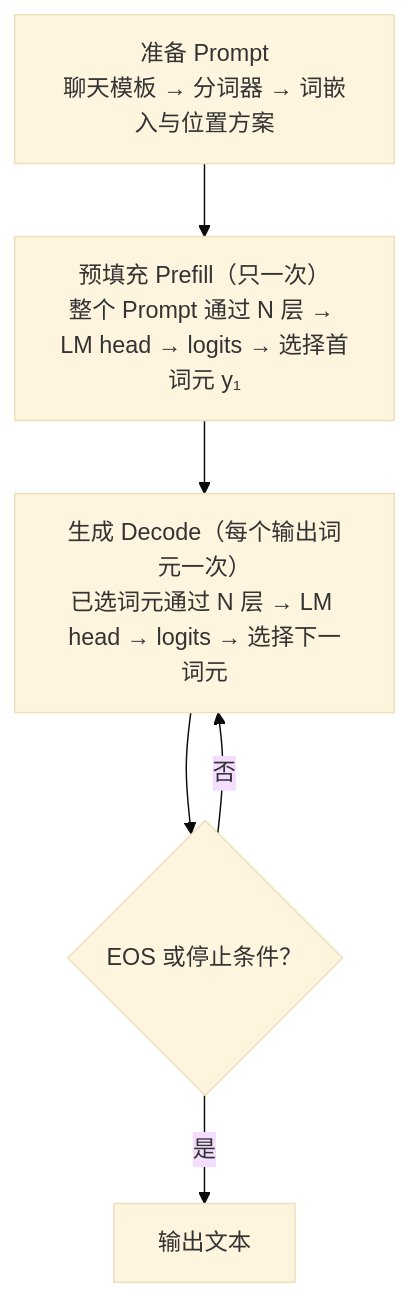
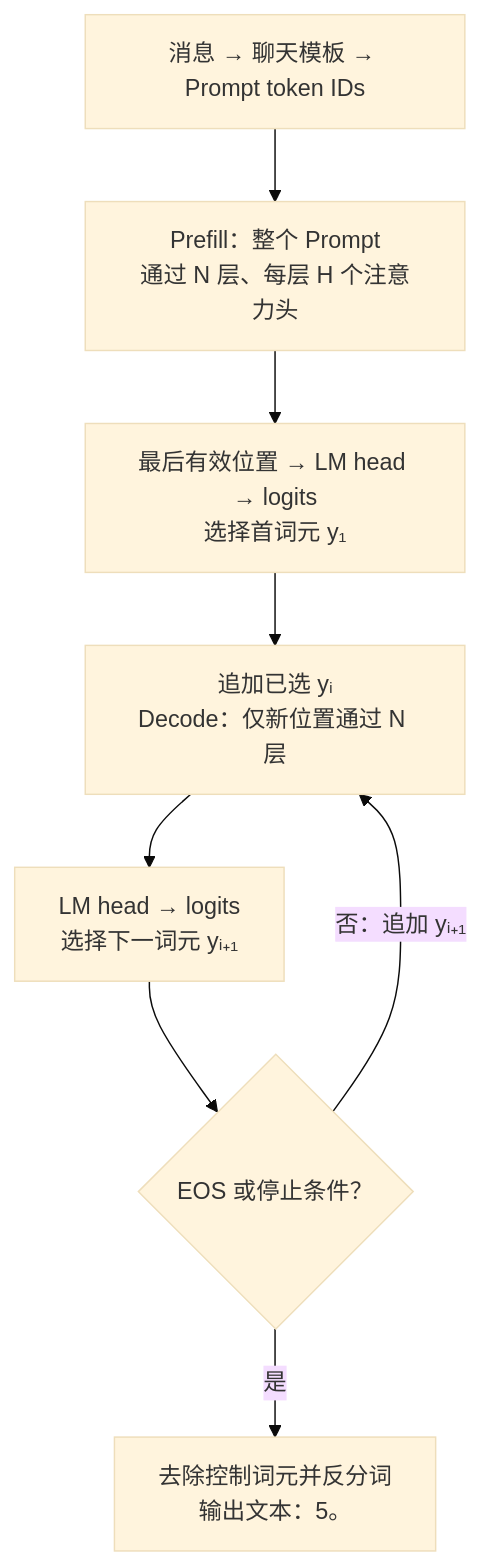
One commit to yeasy/llm_internals changed the first of 6 diagrams in 03_components/3.8_gpt_inference_flow.md. Above: the diagram before and after it, drawn with Mermaid (base theme). The commit also changed other lines of this file, not shown here.

Commit message:
docs(llm): clarify transformer inference flow

````diff
--- a/03_components/3.8_gpt_inference_flow.md
+++ b/03_components/3.8_gpt_inference_flow.md
@@ -15,9 +11,10 @@
 ```mermaid
 flowchart TB
-    prepare["准备 Prompt<br/>聊天模板 → 分词器 → 词嵌入与位置方案"]
-    prepare --> prefill["预填充 Prefill（只一次）<br/>整个 Prompt 通过 N 层 → LM head → logits → 选择首词元 y₁"]
-    prefill --> decode["生成 Decode（每个输出词元一次）<br/>已选词元通过 N 层 → LM head → logits → 选择下一词元"]
-    decode --> stop{"EOS 或停止条件？"}
-    stop -->|"否"| decode
-    stop -->|"是"| answer["输出文本"]
+    input["消息 → 聊天模板 → Prompt token IDs"] --> prefill["Prefill：整个 Prompt<br/>通过 N 层、每层 H 个注意力头"]
+    prefill --> first["最后有效位置 → LM head → logits<br/>选择首词元 y₁"]
+    first --> decode["追加已选 yᵢ<br/>Decode：仅新位置通过 N 层"]
+    decode --> next["LM head → logits<br/>选择下一词元 yᵢ₊₁"]
+    next --> stop{"EOS 或停止条件？"}
+    stop -->|"否：追加 yᵢ₊₁"| decode
+    stop -->|"是"| text["去除控制词元并反分词<br/>输出文本：5。"]
 ```
````
